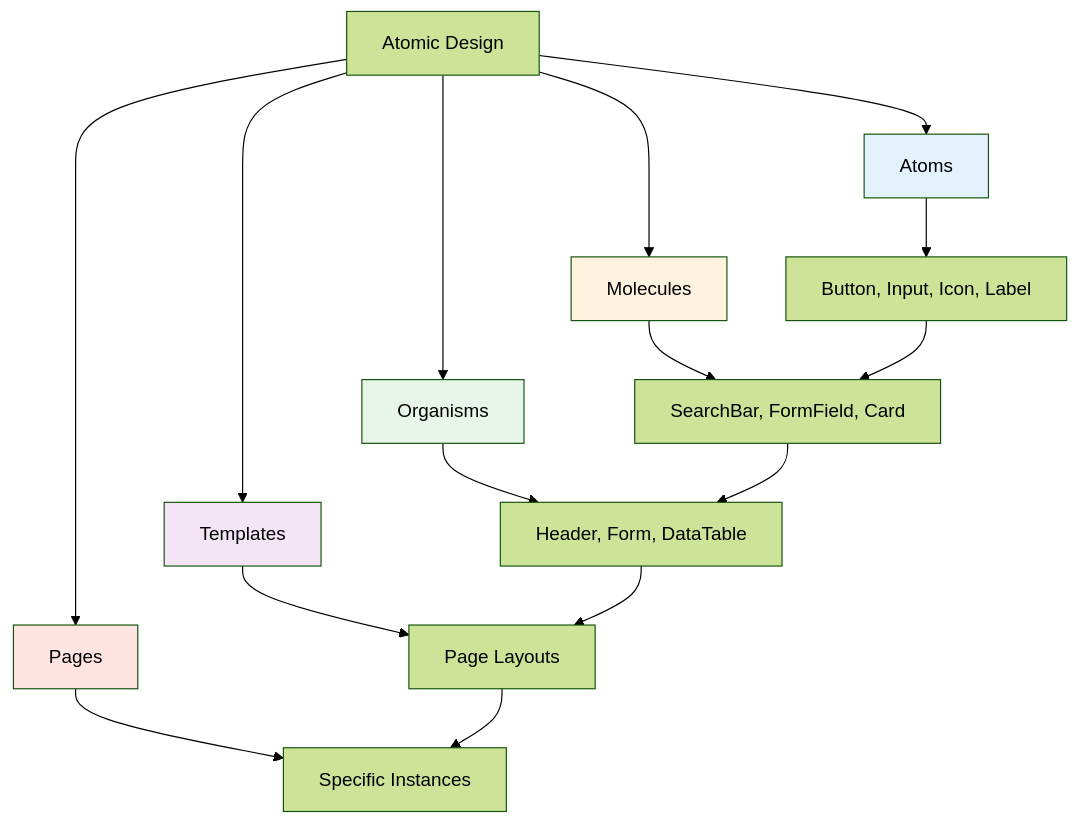
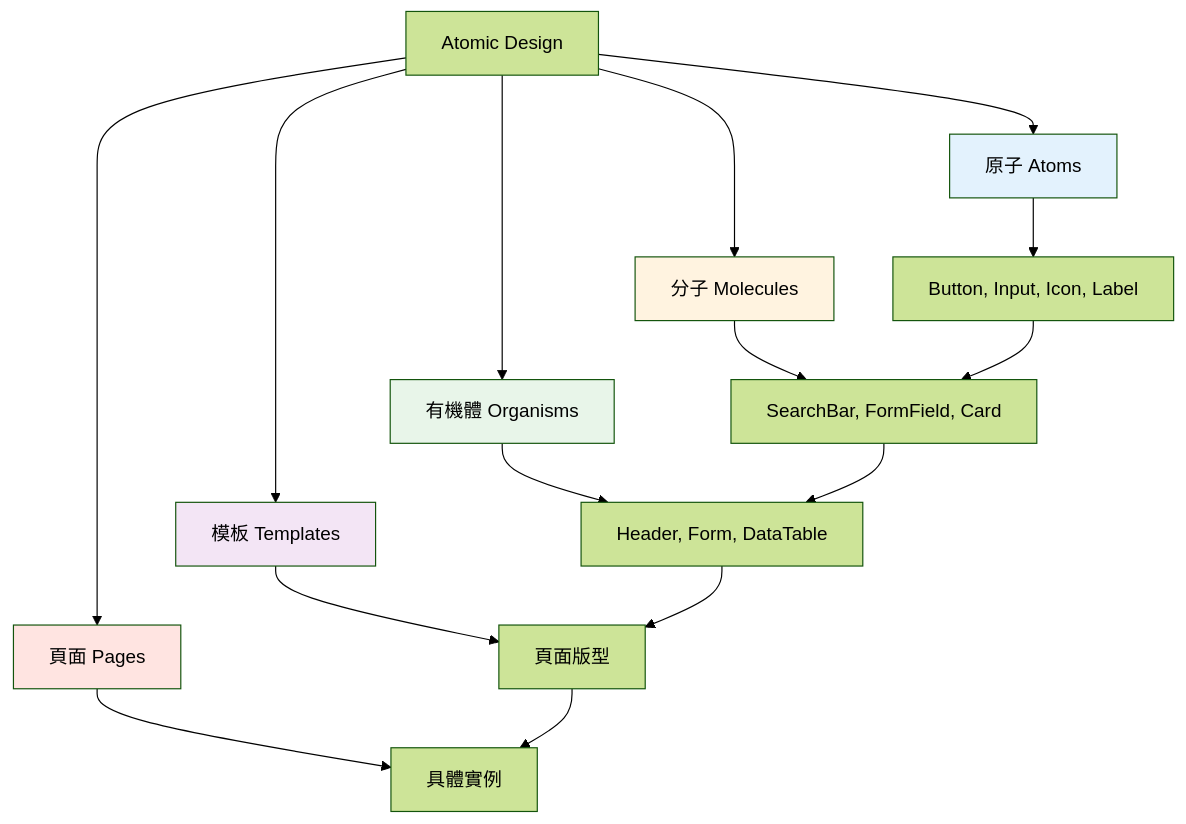
Before and after one commit to kero13ro/Code-Beyond: the second of 2 diagrams in content/Software development process/3-1 Frontend System Design.md, drawn with Mermaid (forest theme). The commit also changed other lines of this file and 42 other files, not shown here.

````diff
--- a/content/Software development process/3-1 Frontend System Design.md
+++ b/content/Software development process/3-1 Frontend System Design.md
@@ -279,25 +203,25 @@
 ```mermaid
 graph TD
-    Atomic[Atomic Design] --> Atoms[Atoms]
-    Atomic --> Molecules[Molecules]
-    Atomic --> Organisms[Organisms]
-    Atomic --> Templates[Templates]
-    Atomic --> Pages[Pages]
+    Atomic[Atomic Design] --> Atoms[原子 Atoms]
+    Atomic --> Molecules[分子 Molecules]
+    Atomic --> Organisms[有機體 Organisms]
+    Atomic --> Templates[模板 Templates]
+    Atomic --> Pages[頁面 Pages]
 
     Atoms --> AtomEx[Button, Input, Icon, Label]
     Molecules --> MolEx[SearchBar, FormField, Card]
     Organisms --> OrgEx[Header, Form, DataTable]
-    Templates --> TempEx[Page Layouts]
-    Pages --> PageEx[Specific Instances]
+    Templates --> TempEx[頁面版型]
+    Pages --> PageEx[具體實例]
 
     AtomEx --> MolEx
     MolEx --> OrgEx
     OrgEx --> TempEx
     TempEx --> PageEx
 
     style Atoms fill:#e3f2fd
     style Molecules fill:#fff3e0
     style Organisms fill:#e8f5e9
     style Templates fill:#f3e5f5
     style Pages fill:#ffe4e1
 ```
````
